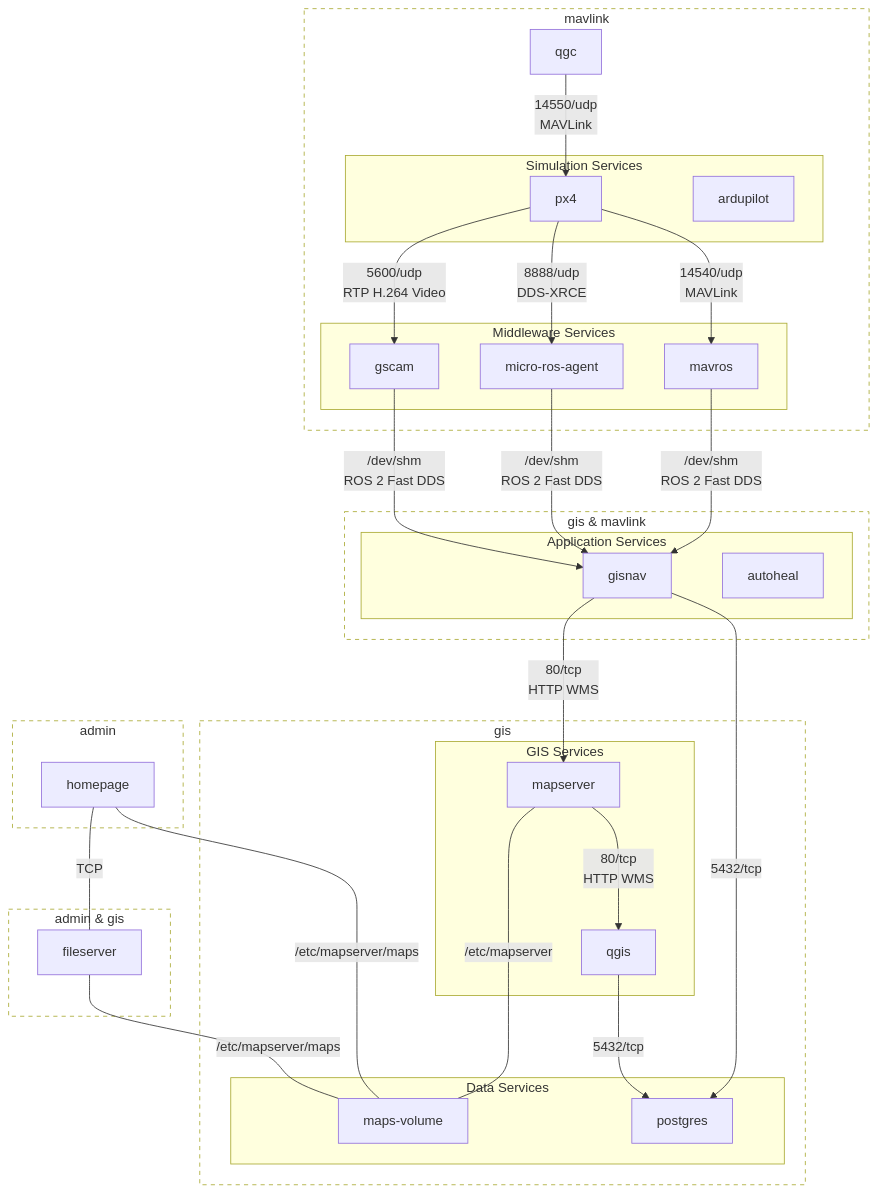
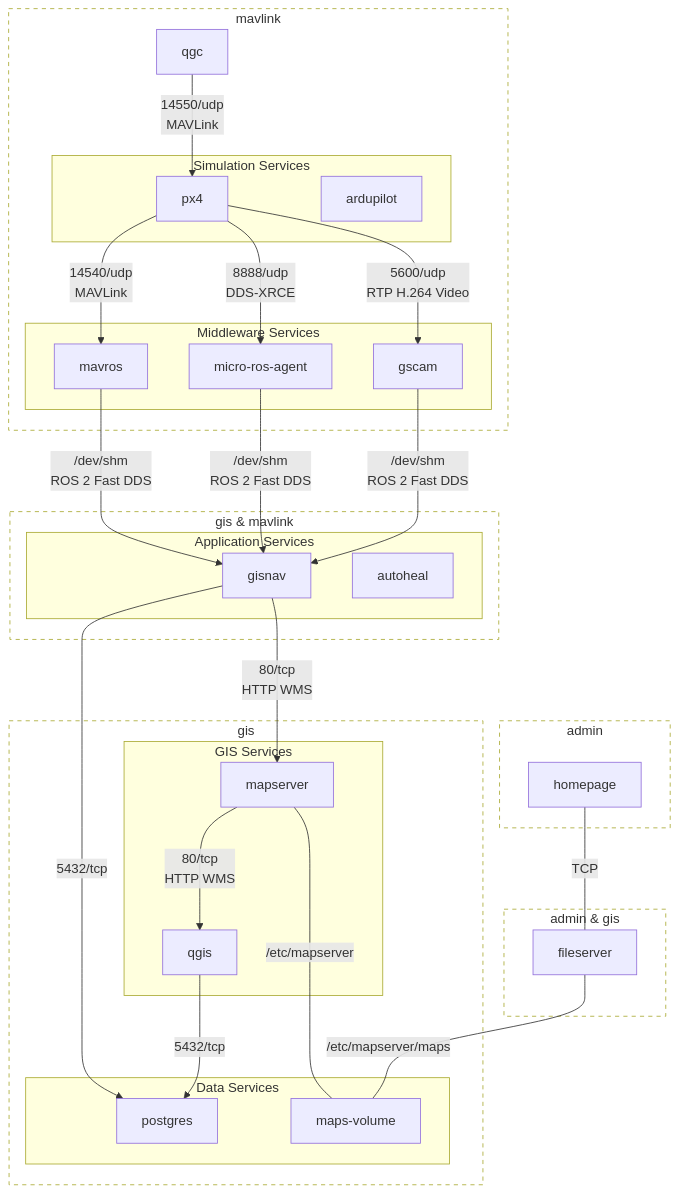
One commit to hmakelin/gisnav changed the diagram in docs/pages/developer_guide/offboard/docker_compose.rst. Above: the diagram before and after it, drawn with Mermaid.

Commit message:
Remove homepage to maps-volume connection since it does not exist (yet?)

```diff
--- a/docs/pages/developer_guide/offboard/docker_compose.rst
+++ b/docs/pages/developer_guide/offboard/docker_compose.rst
@@ -46,62 +46,61 @@
 .. mermaid::
 
     graph TD
         subgraph mavlink ["mavlink"]
             mavlink_qgc[qgc]
             subgraph simulation ["Simulation Services"]
                 simulation_px4[px4]
                 simulation_ardupilot[ardupilot]
             end
             subgraph middleware ["Middleware Services"]
                 middleware_mavros[mavros]
                 middleware_micro_ros_agent[micro-ros-agent]
                 middleware_gscam[gscam]
             end
         end
 
         subgraph gis_mavlink ["gis & mavlink"]
             subgraph application ["Application Services"]
                 application_gisnav[gisnav]
                 application_autoheal[autoheal]
             end
         end
 
         subgraph gis ["gis"]
             subgraph gis_services ["GIS Services"]
                 gis_mapserver[mapserver]
                 gis_qgis[qgis]
             end
             subgraph data_services ["Data Services"]
                 gis_postgres[postgres]
                 gis_maps_volume[maps-volume]
             end
         end
 
         subgraph admin ["admin"]
             homepage[homepage]
         end
 
         subgraph admin_gis ["admin & gis"]
             fileserver[fileserver]
         end
 
         mavlink_qgc -->|14550/udp\nMAVLink| simulation_px4
         simulation_px4 -->|14540/udp\nMAVLink| middleware_mavros
         simulation_px4 -->|8888/udp\nDDS-XRCE | middleware_micro_ros_agent
         simulation_px4 -->|5600/udp\nRTP H.264 Video| middleware_gscam
         middleware_mavros -->|/dev/shm\nROS 2 Fast DDS| application_gisnav
         middleware_micro_ros_agent -->|/dev/shm\nROS 2 Fast DDS| application_gisnav
         middleware_gscam -->|/dev/shm\nROS 2 Fast DDS| application_gisnav
         application_gisnav -->|5432/tcp| gis_postgres
 
         application_gisnav -->|80/tcp\nHTTP WMS| gis_mapserver
         gis_mapserver -->|80/tcp\nHTTP WMS| gis_qgis
         gis_qgis -->|5432/tcp| gis_postgres
         gis_mapserver ---|/etc/mapserver| gis_maps_volume
         fileserver ---|/etc/mapserver/maps| gis_maps_volume
 
-        homepage ---|/etc/mapserver/maps| gis_maps_volume
         homepage ---|TCP| fileserver
 
         classDef network fill:transparent,stroke-dasharray:5 5;
         class mavlink,gis,gis_mavlink,admin,admin_gis network
```
